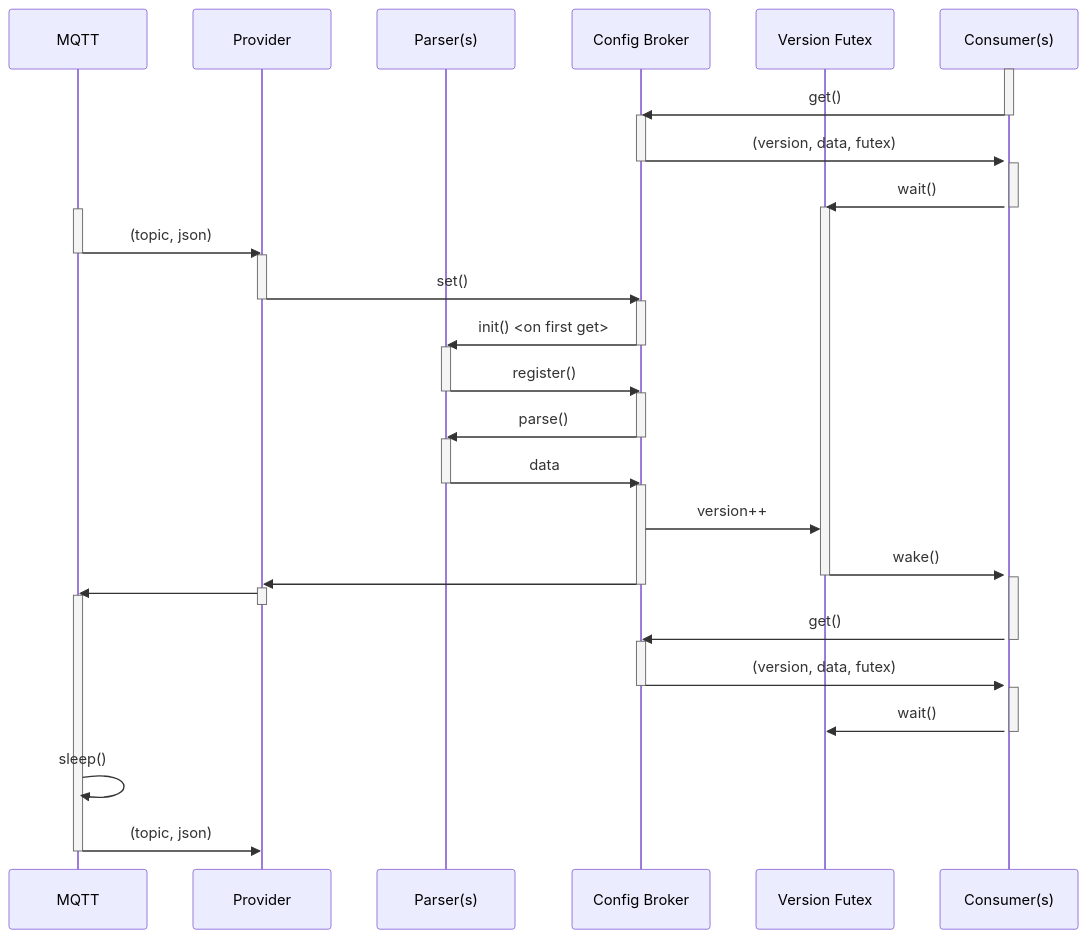
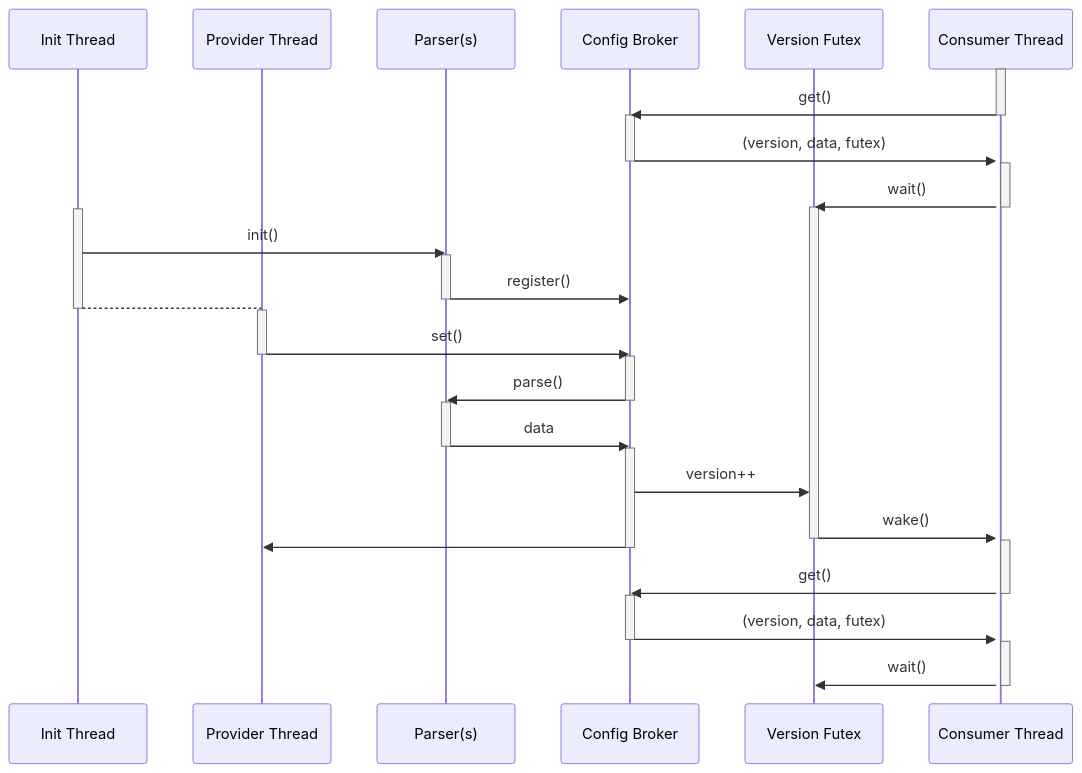
The second of 4 diagrams in configuration_broker/README.md (CHERIoT-Platform/cheriot-demos), drawn with Mermaid before and after one commit. The commit also changed other lines of this file and 93 other files, not shown here.

````diff
--- a/configuration_broker/README.md
+++ b/configuration_broker/README.md
@@ -228,80 +104,68 @@
 ```mermaid
 sequenceDiagram
-  participant MQTT
-  participant Provider
+  participant Init as Init Thread
+  participant Provider as Provider Thread
   participant Parser as Parser(s)
   participant Broker as Config Broker
   participant Futex as Version Futex
-  participant Consumer as Consumer(s)
+  participant Consumer as Consumer Thread
 
   activate Consumer
   Consumer ->> Broker : get()
   
   deactivate Consumer
   activate Broker
   Broker ->>+ Consumer: (version, data, futex)
   
   deactivate Broker
   activate Consumer
   Consumer ->> Futex : wait()
 
   activate Futex
   deactivate Consumer
 
-  activate MQTT
-  MQTT ->> Provider: (topic, json)
-  deactivate MQTT
+  activate Init
+  Init ->> Parser: init()
+
+  activate Parser
+  Parser ->> Broker : register()
+  deactivate Parser
+
+  Init --> Provider : 
+  deactivate Init
 
   activate Provider
   Provider ->> Broker: set()
   deactivate Provider
 
-  activate Broker
-  Broker->> Parser: init() <on first get>
-  deactivate Broker
-
-  activate Parser
-  Parser ->> Broker : register()
-  deactivate Parser
-
+  
   activate Broker
   Broker->> Parser: parse()
   deactivate Broker
 
   activate Parser
   Parser ->> Broker : data
   deactivate Parser
 
   activate Broker
   Broker->> Futex: version++
 
   Futex ->> Consumer: wake()
   deactivate Futex
   activate Consumer
 
   Broker ->> Provider : 
   deactivate Broker
 
-  activate Provider
-  Provider ->> MQTT : 
-  deactivate Provider
-  activate MQTT
-
   Consumer ->> Broker : get()
   deactivate Consumer
   activate Broker
   
   Broker ->> Consumer: (version, data, futex)
   deactivate Broker
   activate Consumer
 
   Consumer ->> Futex : wait()
   deactivate Consumer
   activate Futex
-
-  MQTT ->> MQTT : sleep()
-  MQTT ->> Provider: (topic, json)
-  deactivate MQTT
-
-
 ```
````
